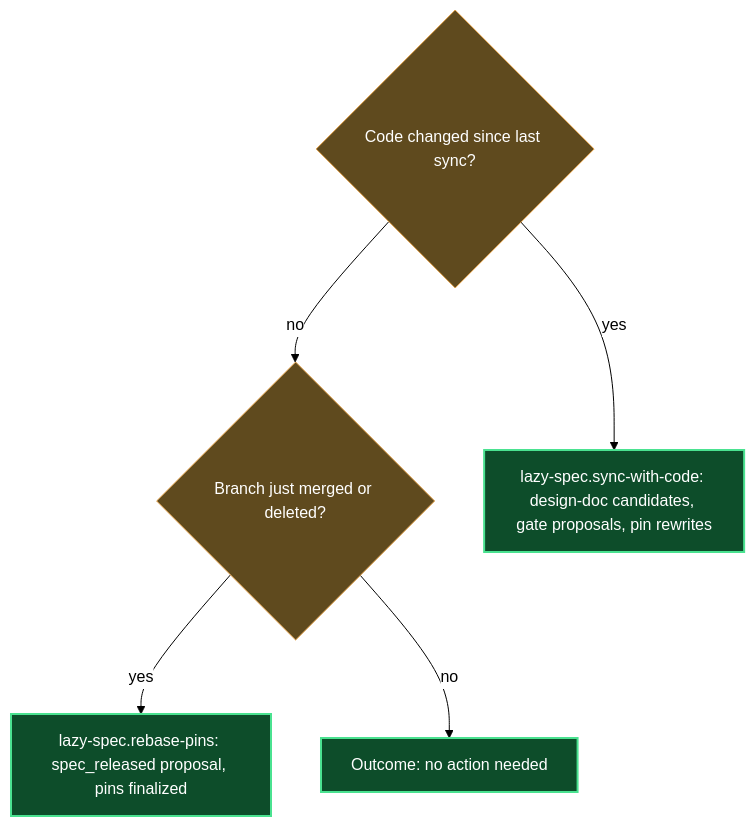
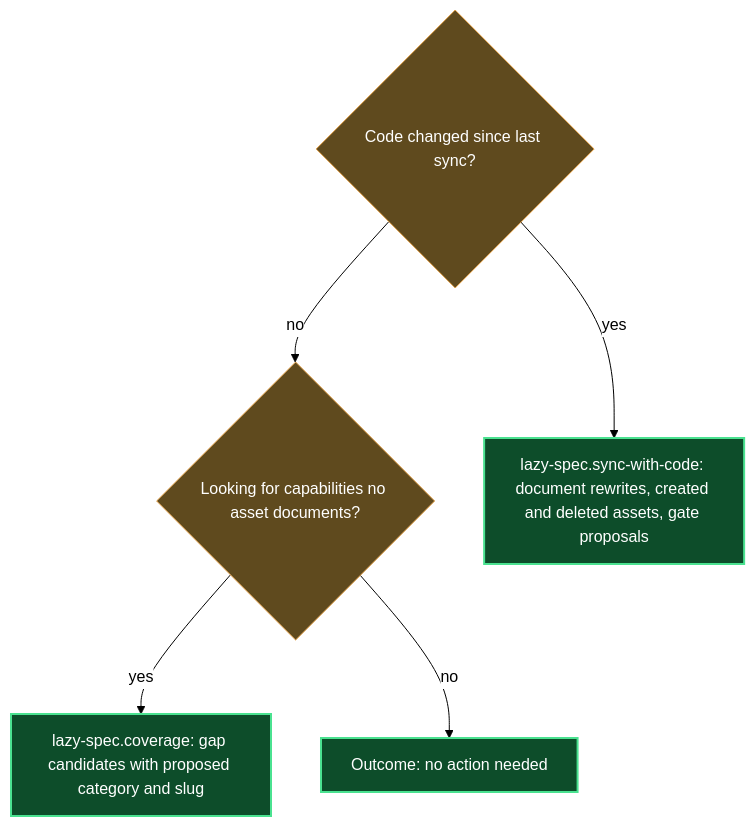
The diagram in plugins/claude/lazycortex-specs/help/code-sync.md (mebius-san/lazy-cortex), drawn with Mermaid before and after one commit. The commit also changed other lines of this file and 499 other files, not shown here.

Commit message:
release: core 11.0.0, diagram 2.0.3, experts 1.10.0, observe 2.2.6, obsidian 6.2.0, python 4.13.0, review 6.14.0, specs 10.0.0, wiki 3.7.0

````diff
--- a/plugins/claude/lazycortex-specs/help/code-sync.md
+++ b/plugins/claude/lazycortex-specs/help/code-sync.md
@@ -59,24 +76,24 @@
 ```mermaid
 %%{init: {'themeVariables':{'lineColor':'#000','textColor':'#000','edgeLabelBackground':'#fff'},'themeCSS':'.edgeLabel{background-color:transparent!important}.edgeLabel p{background-color:transparent!important}','flowchart':{'diagramPadding':5,'useMaxWidth':true}}}%%
 flowchart TD
   codeChangedSinceLastSync{Code changed since last sync?}
-  branchMergedOrDeleted{Branch just merged or deleted?}
+  lookingForGaps{Looking for capabilities no asset documents?}
 
-  runSyncWithCode[lazy-spec.sync-with-code: design-doc candidates, gate proposals, pin rewrites]
-  runFinalizeBranch[lazy-spec.rebase-pins: spec_released proposal, pins finalized]
+  runSyncWithCode[lazy-spec.sync-with-code: document rewrites, created and deleted assets, gate proposals]
+  runCoverage[lazy-spec.coverage: gap candidates with proposed category and slug]
   noActionNeeded[Outcome: no action needed]
 
   codeChangedSinceLastSync -->|yes| runSyncWithCode
-  codeChangedSinceLastSync -->|no| branchMergedOrDeleted
-  branchMergedOrDeleted -->|yes| runFinalizeBranch
-  branchMergedOrDeleted -->|no| noActionNeeded
+  codeChangedSinceLastSync -->|no| lookingForGaps
+  lookingForGaps -->|yes| runCoverage
+  lookingForGaps -->|no| noActionNeeded
 
   classDef guard fill:#5f4a1e,stroke:#e2a14a,color:#fff
   classDef success fill:#0d4d2a,stroke:#4ae290,color:#fff,stroke-width:2px
 
   class codeChangedSinceLastSync guard
-  class branchMergedOrDeleted guard
+  class lookingForGaps guard
   class runSyncWithCode success
-  class runFinalizeBranch success
+  class runCoverage success
   class noActionNeeded success
 ```
````
